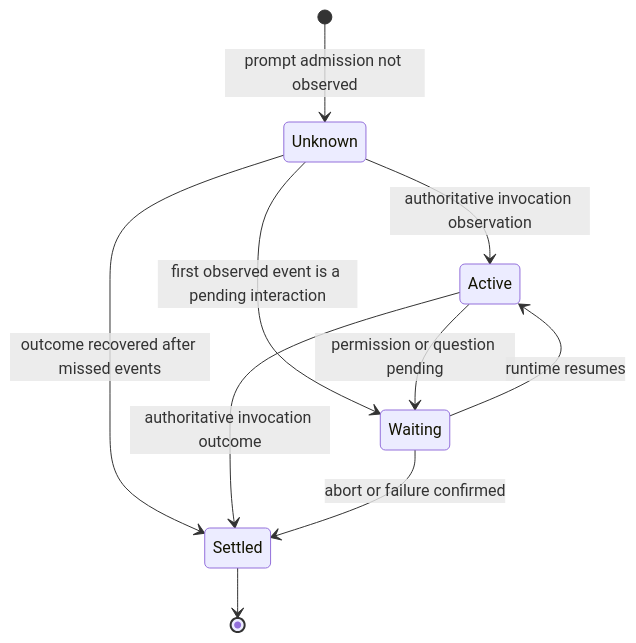
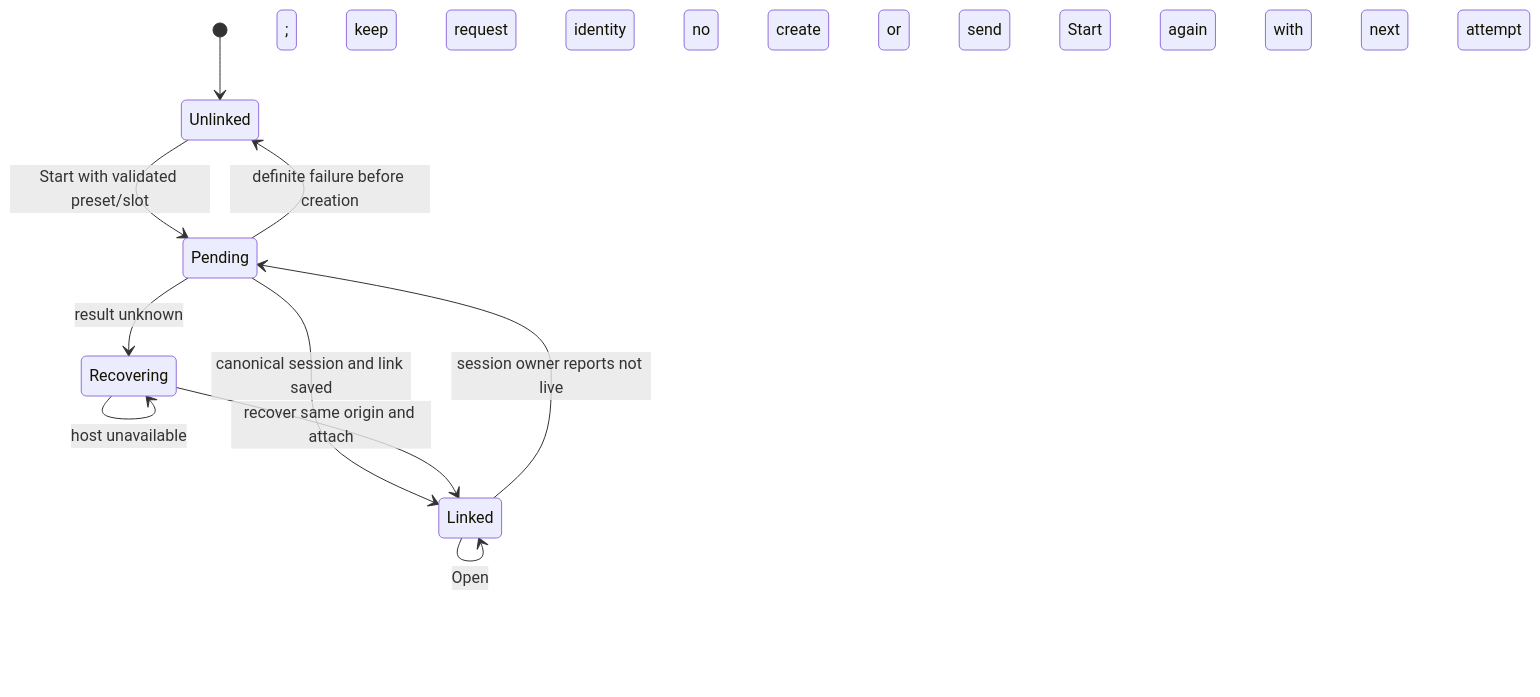
One commit to kyashrathore/Claxedo changed the second of 2 diagrams in docs/plans/2026-09-08-005-feat-tasks-low-level-design.md. Above: the diagram before and after it, drawn with Mermaid. The commit also changed other lines of this file and 56 other files, not shown here.

````diff
--- a/docs/plans/2026-09-08-005-feat-tasks-low-level-design.md
+++ b/docs/plans/2026-09-08-005-feat-tasks-low-level-design.md
@@ -432,12 +143,12 @@
 ```mermaid
 stateDiagram-v2
-    [*] --> Unknown: prompt admission not observed
-    Unknown --> Active: authoritative invocation observation
-    Unknown --> Waiting: first observed event is a pending interaction
-    Unknown --> Settled: outcome recovered after missed events
-    Active --> Waiting: permission or question pending
-    Waiting --> Active: runtime resumes
-    Active --> Settled: authoritative invocation outcome
-    Waiting --> Settled: abort or failure confirmed
-    Settled --> [*]
+    [*] --> Unlinked
+    Unlinked --> Pending: Start with validated preset/slot
+    Pending --> Linked: canonical session and link saved
+    Pending --> Unlinked: definite failure before creation
+    Pending --> Recovering: result unknown
+    Recovering --> Linked: recover same origin and attach
+    Recovering --> Recovering: host unavailable; keep request identity
+    Linked --> Linked: Open; no create or send
+    Linked --> Pending: session owner reports not live; Start again with next attempt
 ```
````
